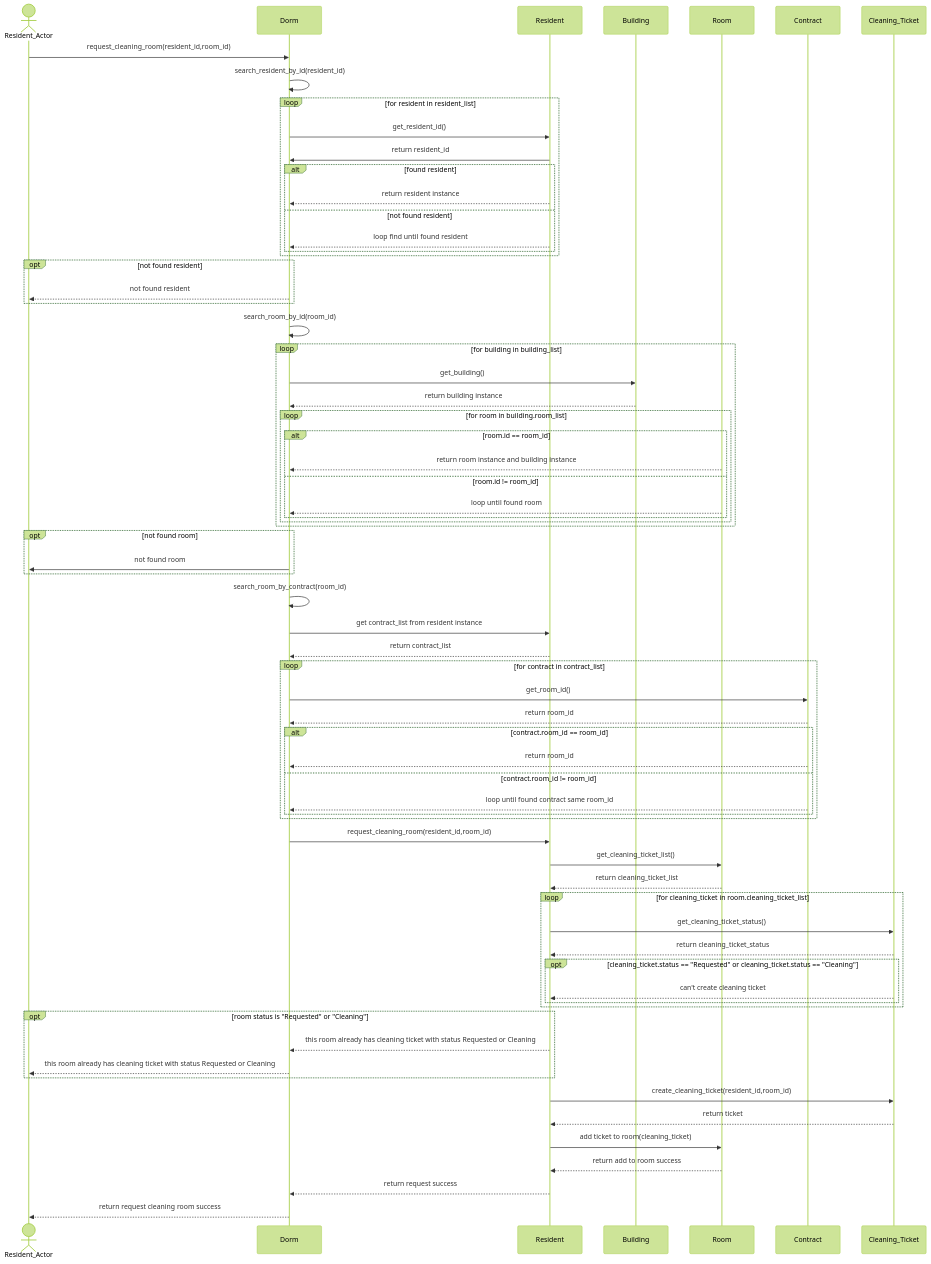
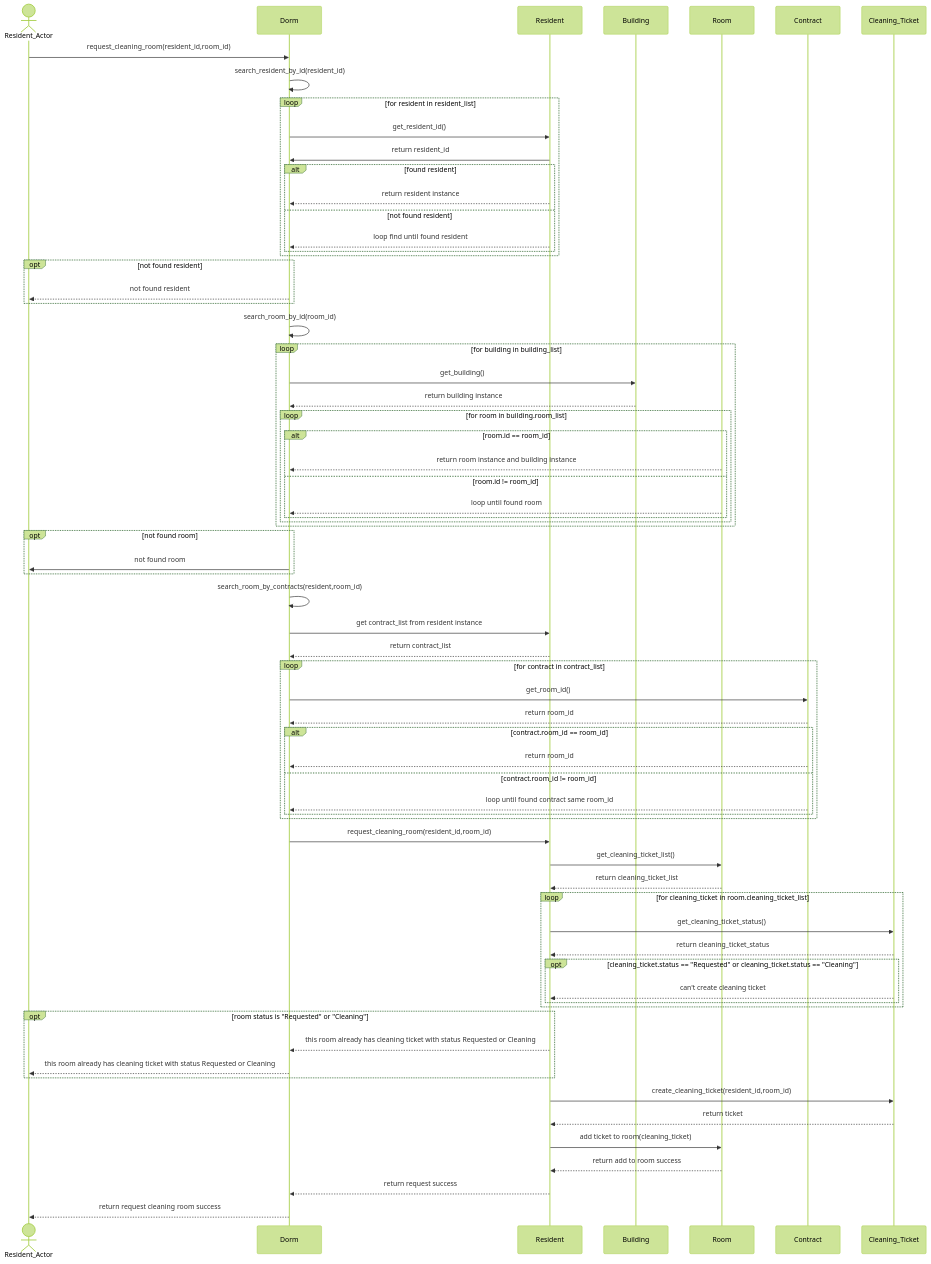
One commit to rnjjkk/Ducky-Dicka changed the diagram in sequence/request_cleaning_room/request_cleaning_room.mmd. Above: the diagram before and after it, drawn with Mermaid. The commit also changed 2 other files, not shown here.

```diff
--- a/sequence/request_cleaning_room/request_cleaning_room.mmd
+++ b/sequence/request_cleaning_room/request_cleaning_room.mmd
@@ -1,99 +1,99 @@
 %%{init: {"theme": "forest"}}%%
 sequenceDiagram
     %% participant
     actor resAc as Resident_Actor
     participant d as Dorm
     participant res as Resident
     participant b as Building
     participant room as Room
     participant contract as Contract
     participant cleaning_ticket as Cleaning_Ticket
 
     resAc ->> d:request_cleaning_room(resident_id,room_id)
 
     d ->> d:search_resident_by_id(resident_id)
 
     loop for resident in resident_list
 
         d ->> res:get_resident_id()
         res ->> d:return resident_id
 
         alt found resident
             res -->> d:return resident instance
         else not found resident
             res -->> d:loop find until found resident
         end
 
     end
 
     opt not found resident
         d -->> resAc:not found resident
     end
 
     d ->> d:search_room_by_id(room_id)
 
     loop for building in building_list
     
         d ->> b:get_building()
         b -->> d:return building instance
 
         loop for room in building.room_list
         
             alt room.id == room_id
                 room -->> d:return room instance and building instance
             else room.id != room_id
                 room -->>d:loop until found room
 
             end
         end
     end
 
     opt not found room
         d ->> resAc:not found room
     end
 
-    d ->>d:search_room_by_contract(room_id)
+    d ->>d:search_room_by_contracts(resident,room_id)
 
     d ->> res:get contract_list from resident instance
     res -->> d:return contract_list
 
     loop for contract in contract_list
 
         d ->> contract:get_room_id()
         contract -->> d:return room_id
 
         alt contract.room_id == room_id
             contract -->> d:return room_id
         else contract.room_id != room_id
             contract -->> d:loop until found contract same room_id
         end
     
     end
     
     d ->> res:request_cleaning_room(resident_id,room_id)
     res ->> room:get_cleaning_ticket_list()
     room -->> res:return cleaning_ticket_list
     
     loop for cleaning_ticket in room.cleaning_ticket_list
 
         res ->> cleaning_ticket:get_cleaning_ticket_status()
         cleaning_ticket -->> res:return cleaning_ticket_status
 
         opt cleaning_ticket.status == "Requested" or cleaning_ticket.status == "Cleaning"
             cleaning_ticket -->> res:can't create cleaning ticket
         end
 
     end
     
     opt room status is "Requested" or "Cleaning"
         res -->> d:this room already has cleaning ticket with status Requested or Cleaning
         d -->> resAc:this room already has cleaning ticket with status Requested or Cleaning
     end
     
     
     res ->> cleaning_ticket:create_cleaning_ticket(resident_id,room_id)
     cleaning_ticket -->> res:return ticket 
     res ->> room:add ticket to room(cleaning_ticket)
     room -->> res:return add to room success
     res -->> d:return request success
     d -->> resAc:return request cleaning room success
```
